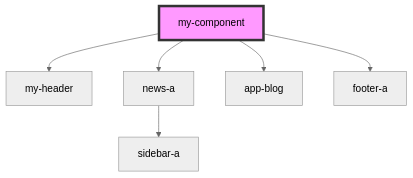
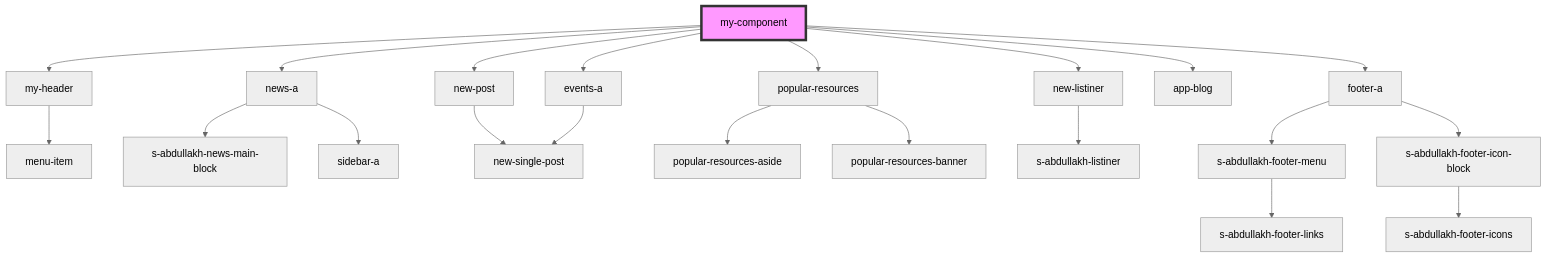
Before and after one commit to Wokh-Dada/wibbitz-stencil: the diagram in src/components/my-component/readme.md, drawn with Mermaid (neutral theme). The commit also changed other lines of this file and 25 other files, not shown here.

````diff
--- a/src/components/my-component/readme.md
+++ b/src/components/my-component/readme.md
@@ -26,9 +22,24 @@
 ```mermaid
 graph TD;
   my-component --> my-header
   my-component --> news-a
+  my-component --> new-post
+  my-component --> popular-resources
+  my-component --> events-a
+  my-component --> new-listiner
   my-component --> app-blog
   my-component --> footer-a
+  my-header --> menu-item
+  news-a --> s-abdullakh-news-main-block
   news-a --> sidebar-a
+  new-post --> new-single-post
+  popular-resources --> popular-resources-aside
+  popular-resources --> popular-resources-banner
+  events-a --> new-single-post
+  new-listiner --> s-abdullakh-listiner
+  footer-a --> s-abdullakh-footer-menu
+  footer-a --> s-abdullakh-footer-icon-block
+  s-abdullakh-footer-menu --> s-abdullakh-footer-links
+  s-abdullakh-footer-icon-block --> s-abdullakh-footer-icons
   style my-component fill:#f9f,stroke:#333,stroke-width:4px
 ```
````
